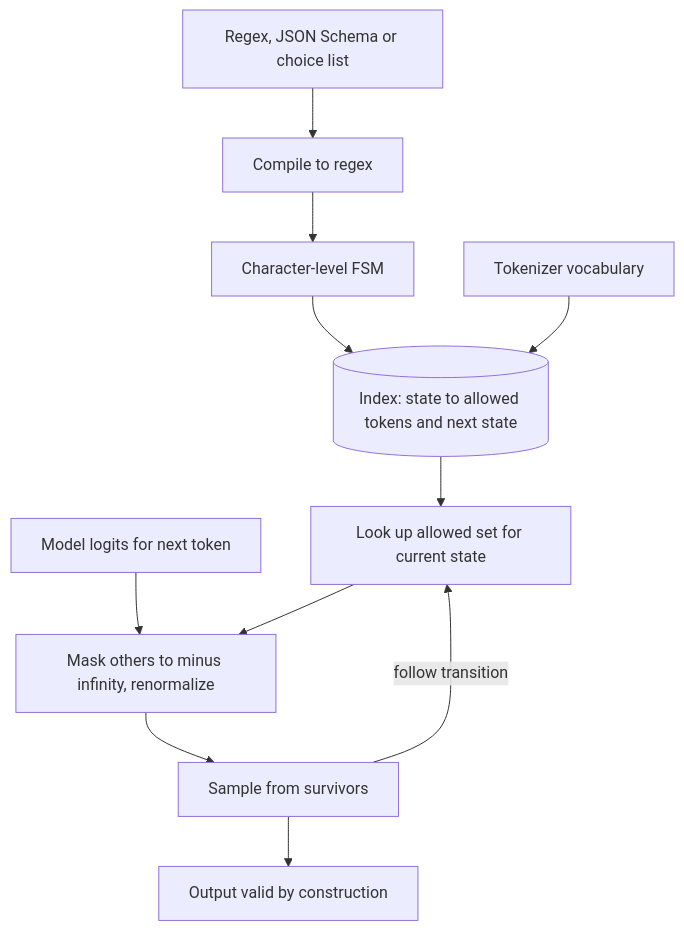
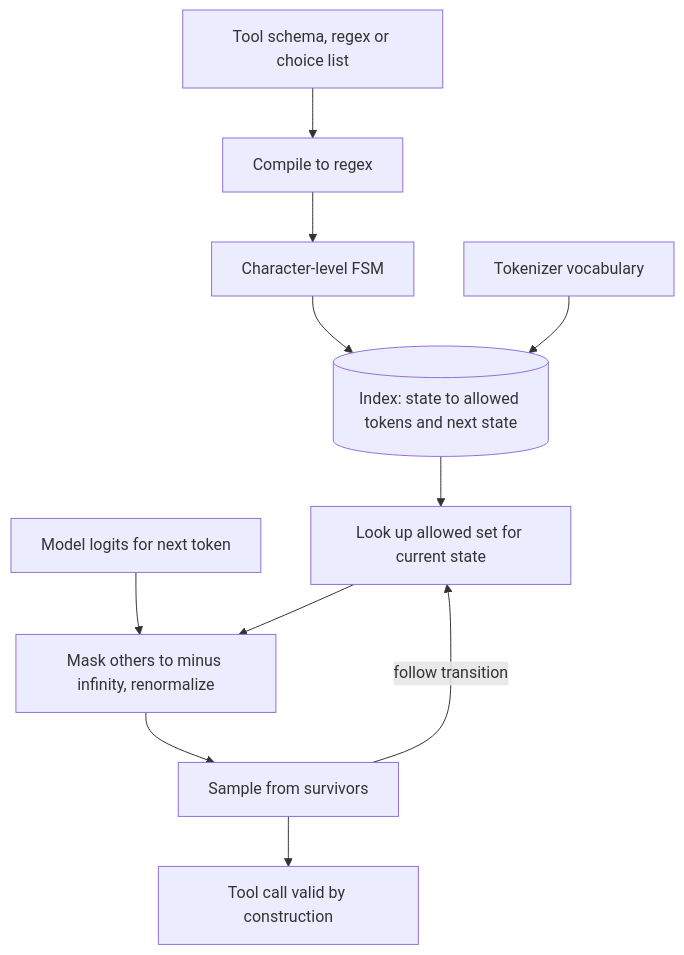
One commit to lovishmahajan97/agentic-learning changed the diagram in content/python-for-ai/outlines.md. Above: the diagram before and after it, drawn with Mermaid. The commit also changed other lines of this file and 266 other files, not shown here.

````diff
--- a/content/python-for-ai/outlines.md
+++ b/content/python-for-ai/outlines.md
@@ -108,13 +132,13 @@
 ```mermaid
 flowchart TD
-    S["Regex, JSON Schema or choice list"] --> R["Compile to regex"]
+    S["Tool schema, regex or choice list"] --> R["Compile to regex"]
     R --> F["Character-level FSM"]
     F --> I[("Index: state to allowed tokens and next state")]
     T["Tokenizer vocabulary"] --> I
     I --> L["Look up allowed set for current state"]
     G["Model logits for next token"] --> K["Mask others to minus infinity, renormalize"]
     L --> K
     K --> P["Sample from survivors"]
     P -->|"follow transition"| L
-    P --> O["Output valid by construction"]
+    P --> O["Tool call valid by construction"]
 ```
````
